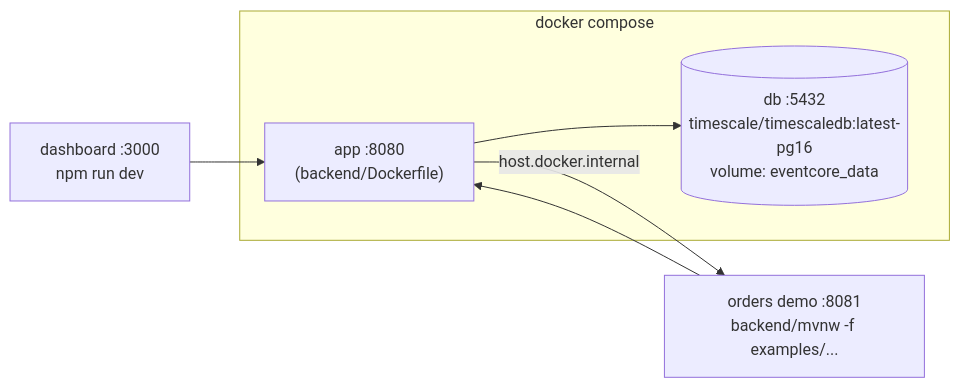
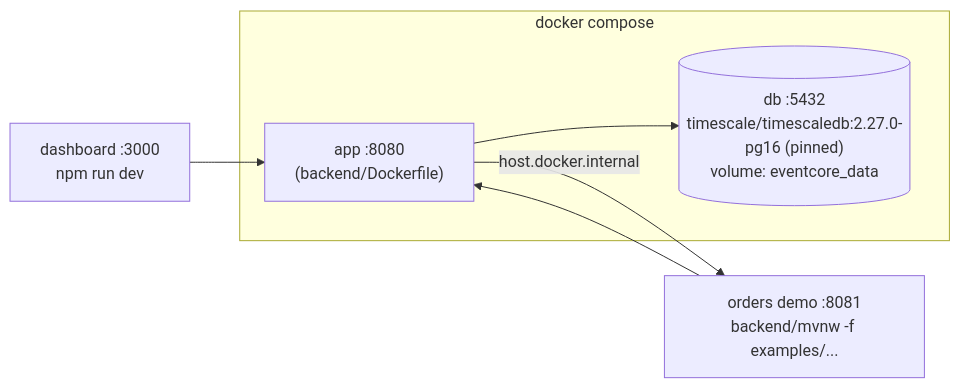
The sixth of 6 diagrams in docs/architecture.md (sharanggupta/eventcore), drawn with Mermaid before and after one commit. The commit also changed other lines of this file and 5 other files, not shown here.

````diff
--- a/docs/architecture.md
+++ b/docs/architecture.md
@@ -217,11 +228,11 @@
 ```mermaid
 flowchart LR
     subgraph compose["docker compose"]
         APP["app :8080<br/>(backend/Dockerfile)"]
-        PG[("db :5432<br/>timescale/timescaledb:latest-pg16<br/>volume: eventcore_data")]
+        PG[("db :5432<br/>timescale/timescaledb:2.27.0-pg16 (pinned)<br/>volume: eventcore_data")]
         APP --> PG
     end
     DASHDEV["dashboard :3000<br/>npm run dev"] --> APP
     DEMO["orders demo :8081<br/>backend/mvnw -f examples/..."] --> APP
     APP -- "host.docker.internal" --> DEMO
 ```
````
